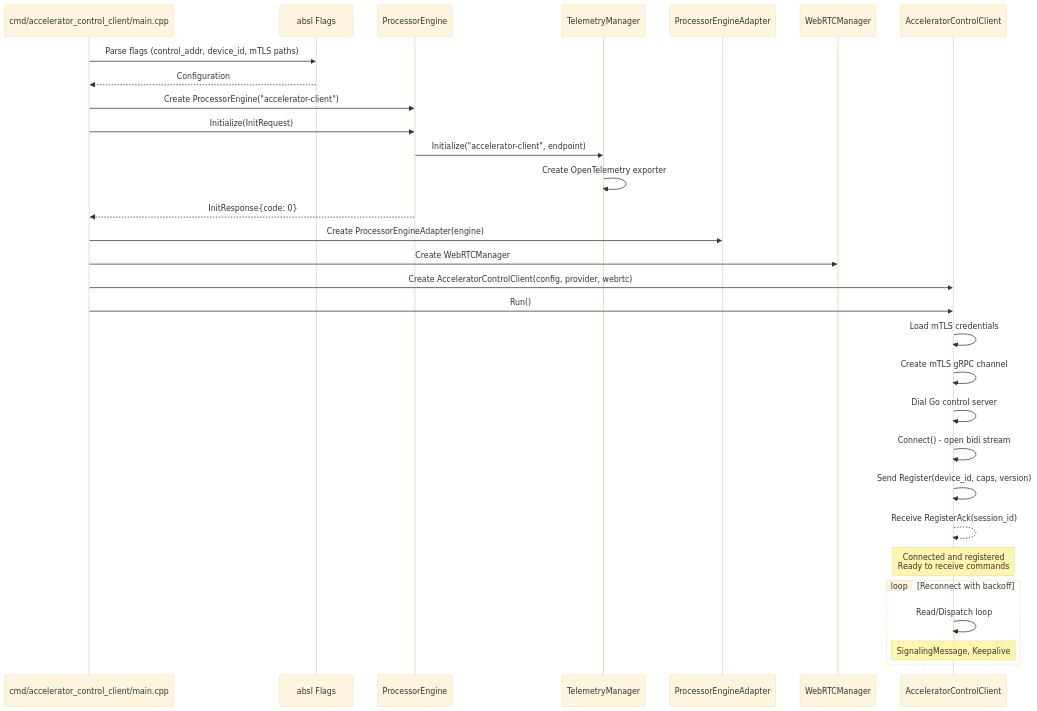
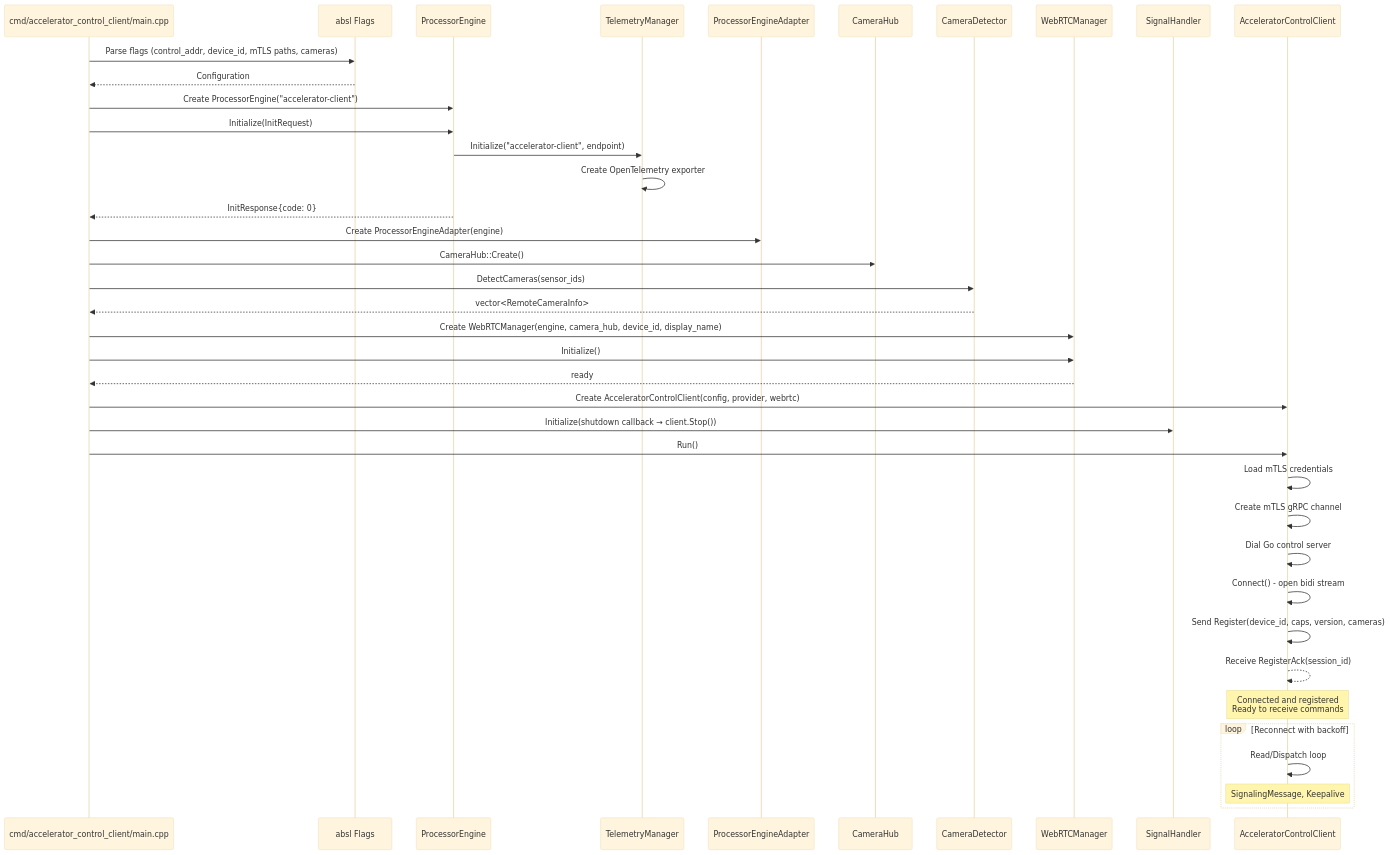
One commit to josnelihurt/learning-cuda changed the third of 6 diagrams in src/cpp_accelerator/README.md. Above: the diagram before and after it, drawn with Mermaid (base theme). The commit also changed other lines of this file, not shown here.

First line of the commit message:
docs(readme): update README.md for version 4.1.0 and enhance camera streaming details

````diff
--- a/src/cpp_accelerator/README.md
+++ b/src/cpp_accelerator/README.md
@@ -176,38 +191,47 @@
 ```mermaid
 sequenceDiagram
     participant Main as cmd/accelerator_control_client/main.cpp
     participant Flags as absl Flags
     participant Engine as ProcessorEngine
     participant TM as TelemetryManager
     participant Provider as ProcessorEngineAdapter
+    participant CameraHub as CameraHub
+    participant CameraDet as CameraDetector
     participant WebRTC as WebRTCManager
+    participant Signal as SignalHandler
     participant Client as AcceleratorControlClient
 
-    Main->>Flags: Parse flags (control_addr, device_id, mTLS paths)
+    Main->>Flags: Parse flags (control_addr, device_id, mTLS paths, cameras)
     Flags-->>Main: Configuration
 
     Main->>Engine: Create ProcessorEngine("accelerator-client")
     Main->>Engine: Initialize(InitRequest)
     Engine->>TM: Initialize("accelerator-client", endpoint)
     TM->>TM: Create OpenTelemetry exporter
     Engine-->>Main: InitResponse{code: 0}
 
     Main->>Provider: Create ProcessorEngineAdapter(engine)
-    Main->>WebRTC: Create WebRTCManager
+    Main->>CameraHub: CameraHub::Create()
+    Main->>CameraDet: DetectCameras(sensor_ids)
+    CameraDet-->>Main: vector<RemoteCameraInfo>
+    Main->>WebRTC: Create WebRTCManager(engine, camera_hub, device_id, display_name)
+    Main->>WebRTC: Initialize()
+    WebRTC-->>Main: ready
     Main->>Client: Create AcceleratorControlClient(config, provider, webrtc)
+    Main->>Signal: Initialize(shutdown callback → client.Stop())
     Main->>Client: Run()
 
     Client->>Client: Load mTLS credentials
     Client->>Client: Create mTLS gRPC channel
     Client->>Client: Dial Go control server
     Client->>Client: Connect() - open bidi stream
-    Client->>Client: Send Register(device_id, caps, version)
+    Client->>Client: Send Register(device_id, caps, version, cameras)
     Client-->>Client: Receive RegisterAck(session_id)
 
     Note over Client: Connected and registered<br/>Ready to receive commands
 
     loop Reconnect with backoff
         Client->>Client: Read/Dispatch loop
         Note over Client: SignalingMessage, Keepalive
     end
 ```
````
